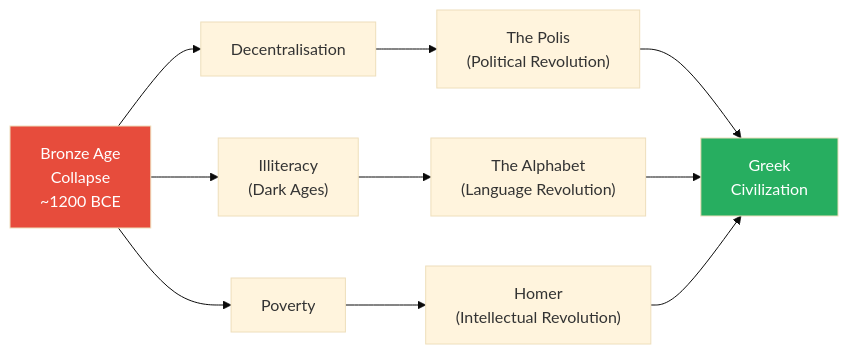
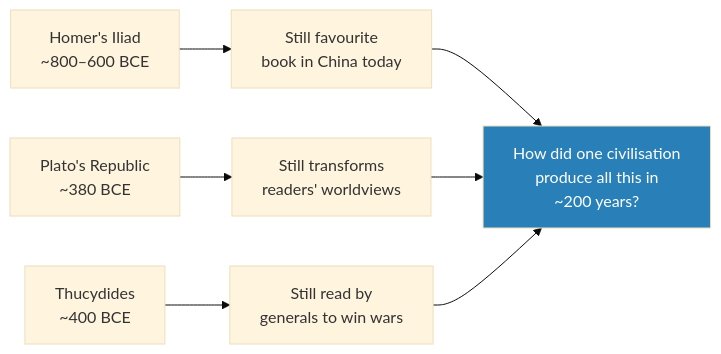
Before and after one commit to alius33/reader: the first of 7 diagrams in summaries/Lectures/Civilization/07 - Homer's Iliad and the Birth of Greek Civilization.md, drawn with Mermaid (base theme). The commit also changed other lines of this file and 26 other files, not shown here.

````diff
--- a/summaries/Lectures/Civilization/07 - Homer's Iliad and the Birth of Greek Civilization.md
+++ b/summaries/Lectures/Civilization/07 - Homer's Iliad and the Birth of Greek Civilization.md
@@ -77,14 +58,10 @@
 ```mermaid
 flowchart LR
-    BC["Bronze Age<br/>Collapse<br/>~1200 BCE"] --> D1["Decentralisation"]
-    BC --> D2["Illiteracy<br/>(Dark Ages)"]
-    BC --> D3["Poverty"]
-    D1 --> R1["The Polis<br/>(Political Revolution)"]
-    D2 --> R2["The Alphabet<br/>(Language Revolution)"]
-    D3 --> R3["Homer<br/>(Intellectual Revolution)"]
-    R1 --> GC["Greek<br/>Civilization"]
-    R2 --> GC
-    R3 --> GC
-    style BC fill:#e74c3c,color:#fff
-    style GC fill:#27ae60,color:#fff
+    H["Homer's Iliad<br/>~800–600 BCE"] --> R1["Still favourite<br/>book in China today"]
+    P["Plato's Republic<br/>~380 BCE"] --> R2["Still transforms<br/>readers' worldviews"]
+    T["Thucydides<br/>~400 BCE"] --> R3["Still read by<br/>generals to win wars"]
+    R1 --> Q["How did one civilisation<br/>produce all this in<br/>~200 years?"]
+    R2 --> Q
+    R3 --> Q
+    style Q fill:#2980b9,color:#fff
 ```
````
